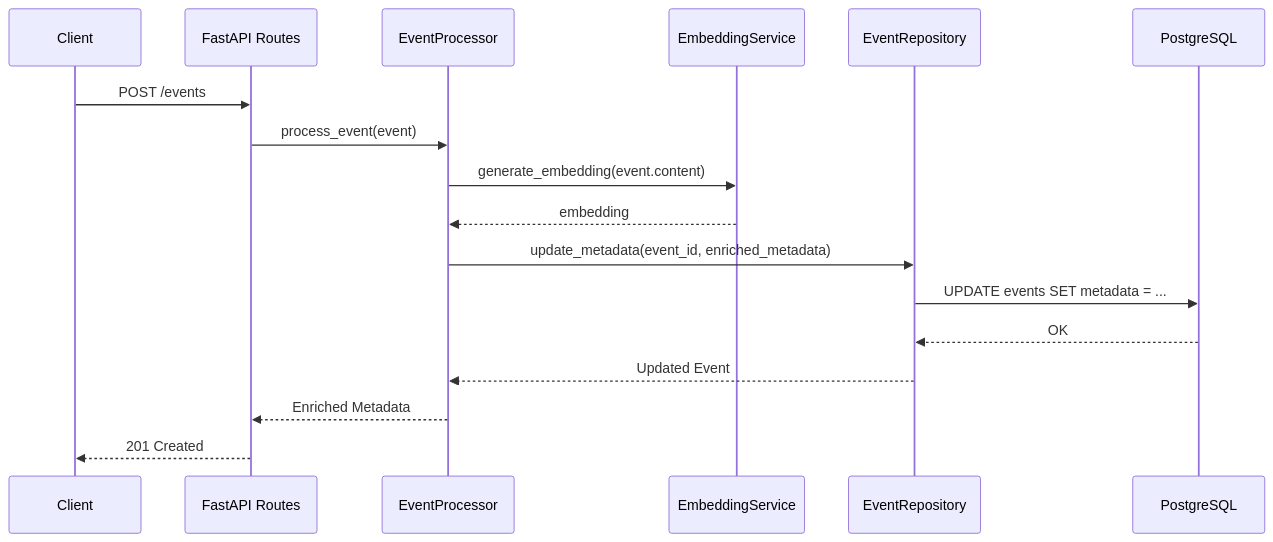
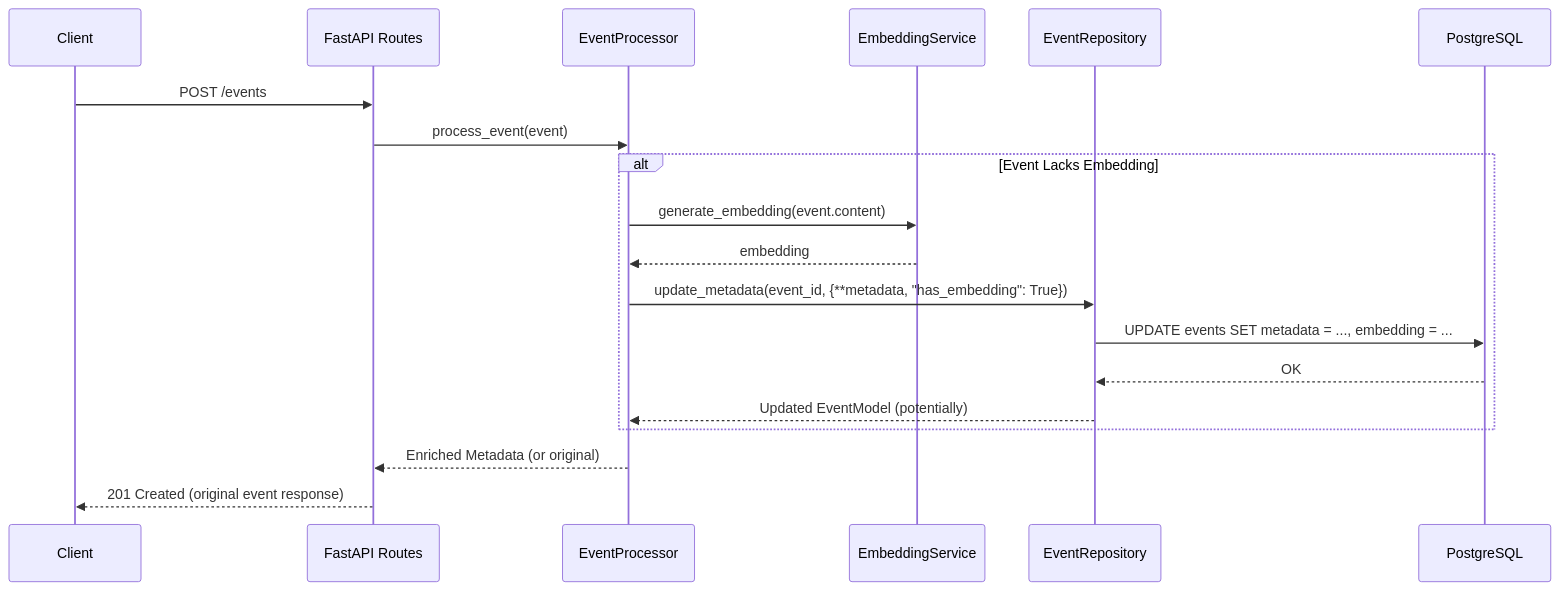
Before and after one commit to giak/mnemo-lite: the fourth of 8 diagrams in docs/architecture_diagrams.md, drawn with Mermaid. The commit also changed other lines of this file and 69 other files, not shown here.

````diff
--- a/docs/architecture_diagrams.md
+++ b/docs/architecture_diagrams.md
@@ -122,20 +124,22 @@
 ```mermaid
 sequenceDiagram
     participant Client
     participant API as FastAPI Routes
     participant EP as EventProcessor
     participant ES as EmbeddingService
     participant ER as EventRepository
     participant DB as PostgreSQL
     
     Client->>API: POST /events
     API->>EP: process_event(event)
-    EP->>ES: generate_embedding(event.content)
-    ES-->>EP: embedding
-    EP->>ER: update_metadata(event_id, enriched_metadata)
-    ER->>DB: UPDATE events SET metadata = ...
-    DB-->>ER: OK
-    ER-->>EP: Updated Event
-    EP-->>API: Enriched Metadata
-    API-->>Client: 201 Created
+    alt Event Lacks Embedding
+        EP->>ES: generate_embedding(event.content)
+        ES-->>EP: embedding
+        EP->>ER: update_metadata(event_id, {**metadata, "has_embedding": True})
+        ER->>DB: UPDATE events SET metadata = ..., embedding = ...
+        DB-->>ER: OK
+        ER-->>EP: Updated EventModel (potentially)
+    end
+    EP-->>API: Enriched Metadata (or original)
+    API-->>Client: 201 Created (original event response)
 ```
````
